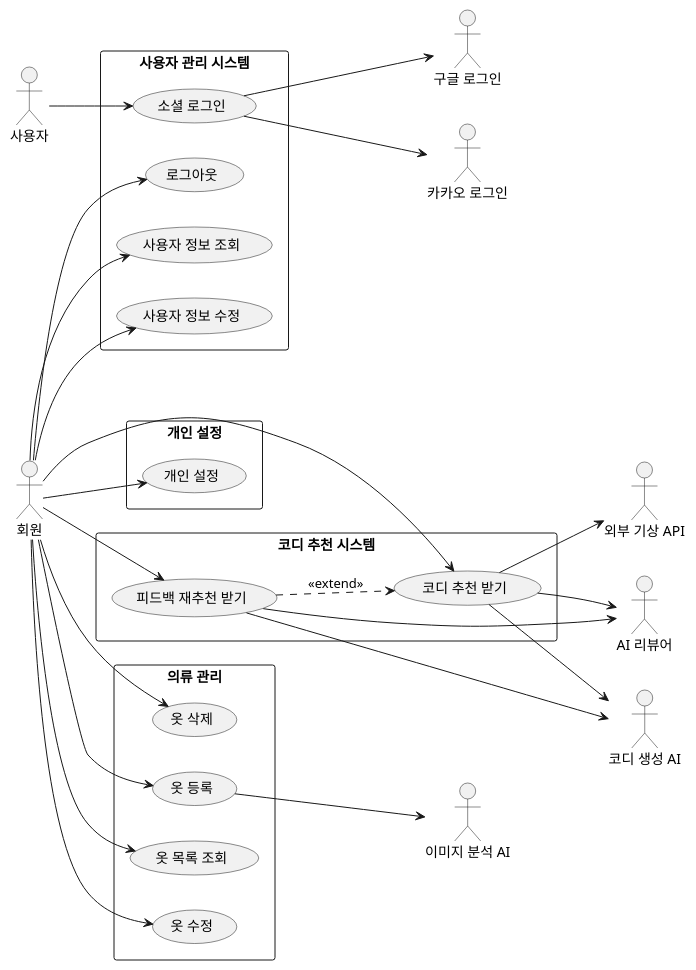
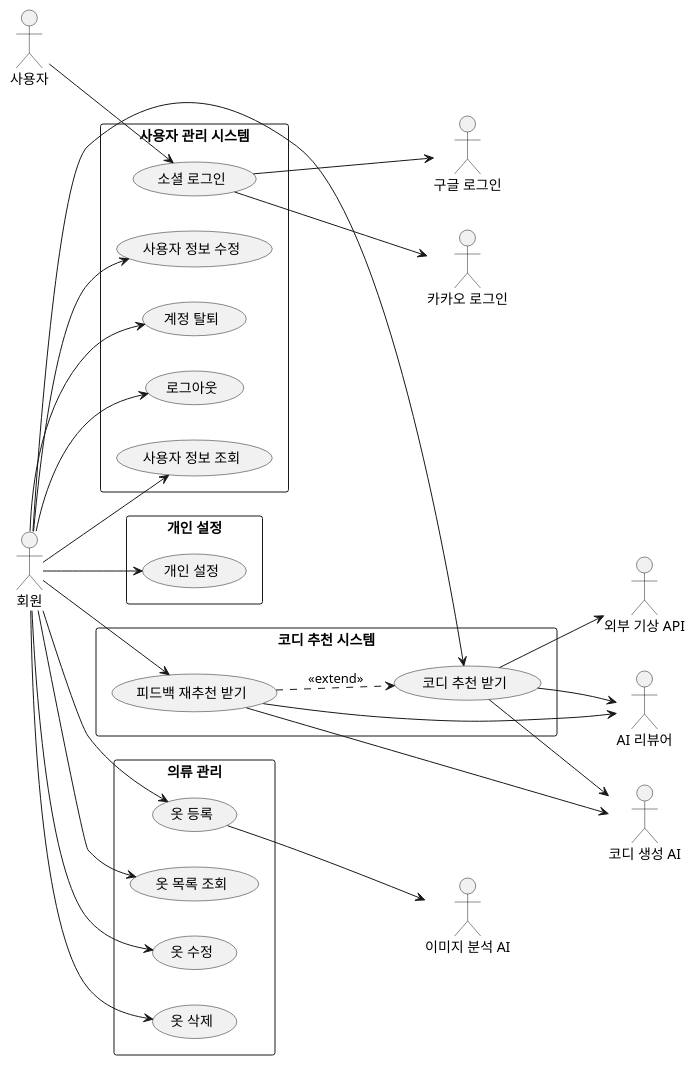
The diagram in src/content/docs/use-cases/system.md (wzrabbit/closet-fairy-diagrams), drawn with PlantUML before and after one commit. The commit also changed 4 other files, not shown here.

````diff
--- a/src/content/docs/use-cases/system.md
+++ b/src/content/docs/use-cases/system.md
@@ -10,60 +10,62 @@
 ```plantuml
 @startuml
 left to right direction
 skinparam packageStyle rectangle
 skinparam shadowing false
 
 actor "사용자" as User
 actor "회원" as Member
 actor "구글 로그인" as Google
 actor "카카오 로그인" as Kakao
 actor "이미지 분석 AI" as ImageAI
 actor "코디 생성 AI" as CodyAI
 actor "AI 리뷰어" as Reviewer
 actor "외부 기상 API" as Weather
 
 rectangle "사용자 관리 시스템" {
   usecase "소셜 로그인" as Login
   usecase "로그아웃" as Logout
   usecase "사용자 정보 조회" as ViewUser
   usecase "사용자 정보 수정" as EditUser
+  usecase "계정 탈퇴" as Withdraw
 }
 
 rectangle "개인 설정" {
   usecase "개인 설정" as Settings
 }
 
 rectangle "의류 관리" {
   usecase "옷 등록" as ClothAdd
   usecase "옷 목록 조회" as ClothList
   usecase "옷 수정" as ClothEdit
   usecase "옷 삭제" as ClothDelete
 }
 
 rectangle "코디 추천 시스템" {
   usecase "코디 추천 받기" as Recommend
   usecase "피드백 재추천 받기" as Refeedback
 }
 
 User --> Login
 Login --> Google
 Login --> Kakao
 Member --> Logout
 Member --> ViewUser
 Member --> EditUser
+Member --> Withdraw
 Member --> Settings
 Member --> ClothAdd
 Member --> ClothList
 Member --> ClothEdit
 Member --> ClothDelete
 Member --> Recommend
 Member --> Refeedback
 ClothAdd --> ImageAI
 Recommend --> CodyAI
 Recommend --> Reviewer
 Recommend --> Weather
 Refeedback --> CodyAI
 Refeedback --> Reviewer
 Refeedback ..> Recommend : <<extend>>
 @enduml
 ```
````
